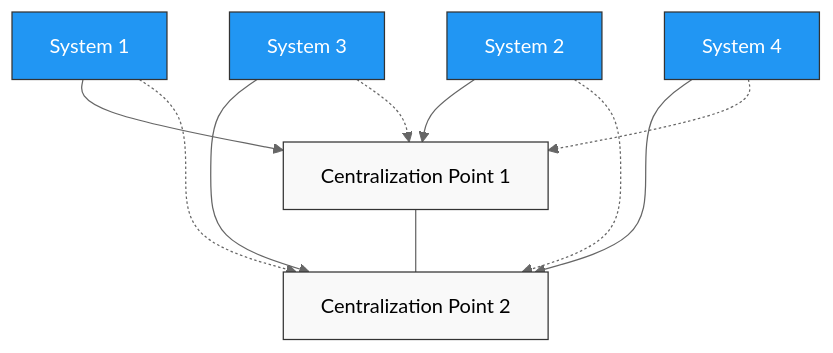
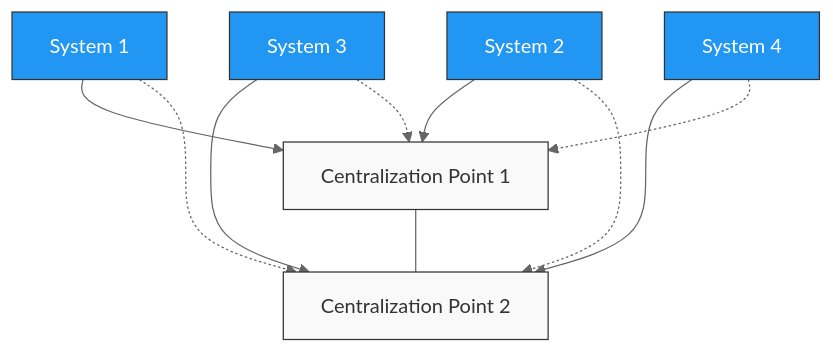
The second of 2 diagrams in docs/observability-centralization-points/README.md (netdata/netdata), drawn with Mermaid (neutral theme) before and after one commit. The commit also changed other lines of this file and 3 other files, not shown here.

Commit message:
adjust mermaid node config for dark theme

````diff
--- a/docs/observability-centralization-points/README.md
+++ b/docs/observability-centralization-points/README.md
@@ -61,20 +61,20 @@
 ```mermaid
 graph TD
     CP1[Centralization Point 1] --- CP2[Centralization Point 2]
     
     S1[System 1] --> CP1
     S2[System 2] --> CP1
     S3[System 3] --> CP2
     S4[System 4] --> CP2
     
     S1 -.-> CP2
     S2 -.-> CP2
     S3 -.-> CP1
     S4 -.-> CP1
     
-classDef default fill:#f9f9f9,stroke:#333,stroke-width:1px;
+classDef default fill:#f9f9f9,stroke:#333,stroke-width:1px,color:#333;
 classDef green fill:#4caf50,stroke:#333,stroke-width:1px,color:black;
 classDef blue fill:#2196F3,stroke:#333,stroke-width:1px,color:white;
 class CP1,CP2 default;
 class S1,S2,S3,S4 blue;
 ```
````
